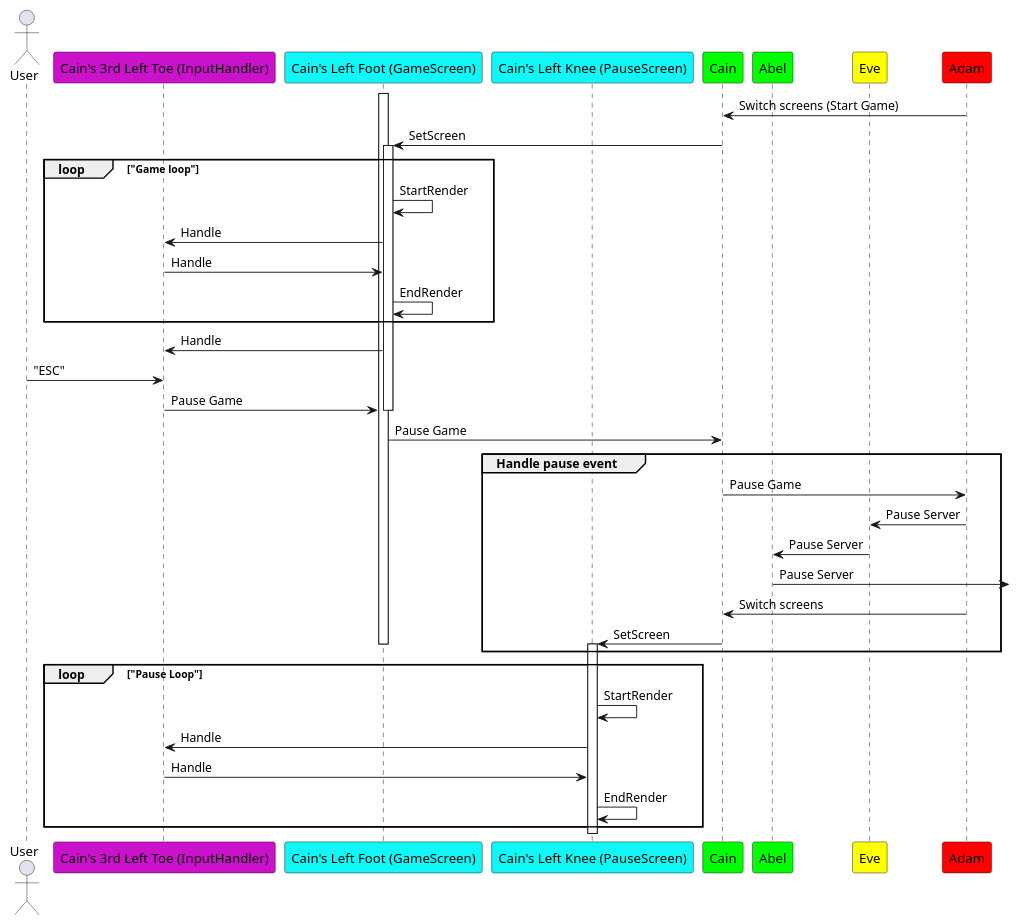
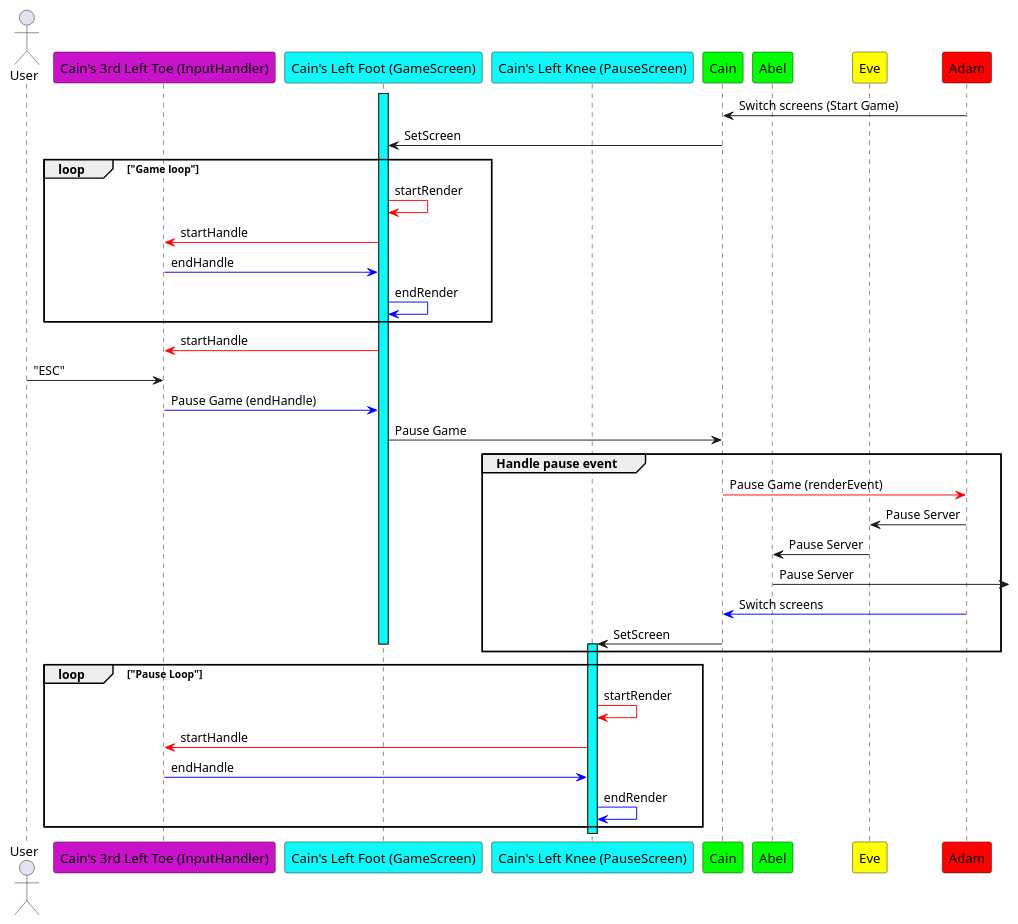
The diagram in docs/architecture/client/gamescreens.puml (GRUMv2/GRUMv2), drawn with PlantUML before and after one commit. The commit also changed 2 other files, not shown here.

Commit message:
docs(client):improve flow diagrams, remove png

```diff
--- a/docs/architecture/client/gamescreens.puml
+++ b/docs/architecture/client/gamescreens.puml
@@ -1,43 +1,41 @@
 @startuml
 actor User
 participant "Cain's 3rd Left Toe (InputHandler)" as InputHandler #c912c9
 participant "Cain's Left Foot (GameScreen)" as GameScreen #11f7f7
 participant "Cain's Left Knee (PauseScreen)" as PauseScreen #11f7f7
 participant Cain #00FF00
 participant Abel #00FF00
 participant Eve #yellow
 participant Adam #red
 
-activate GameScreen
+activate GameScreen #11f7f7
 Adam -> Cain: Switch screens (Start Game)
 Cain -> GameScreen: SetScreen
 loop "Game loop"
-activate GameScreen
-GameScreen -> GameScreen: StartRender
-GameScreen -> InputHandler: Handle
-InputHandler -> GameScreen: Handle
-GameScreen -> GameScreen: EndRender
+GameScreen -[#red]> GameScreen: startRender
+GameScreen -[#red]> InputHandler: startHandle
+InputHandler -[#blue]> GameScreen: endHandle
+GameScreen -[#blue]> GameScreen: endRender
 end loop
-GameScreen -> InputHandler: Handle
+GameScreen -[#red]> InputHandler: startHandle
 User -> InputHandler: "ESC"
-InputHandler -> GameScreen: Pause Game
-deactivate GameScreen
+InputHandler -[#blue]> GameScreen: Pause Game (endHandle)
 GameScreen -> Cain: Pause Game
 group Handle pause event
-    Cain -> Adam: Pause Game
+    Cain -[#red]> Adam: Pause Game (renderEvent)
     Adam -> Eve: Pause Server
     Eve -> Abel: Pause Server
     Abel ->]: Pause Server
-    Adam -> Cain: Switch screens
+    Adam -[#blue]> Cain: Switch screens
     Cain -> PauseScreen: SetScreen
     deactivate GameScreen
-    activate PauseScreen
+    activate PauseScreen #11f7f7
 end
 loop "Pause Loop"
-    PauseScreen -> PauseScreen: StartRender
-    PauseScreen -> InputHandler: Handle
-    InputHandler -> PauseScreen: Handle
-    PauseScreen -> PauseScreen: EndRender
+    PauseScreen -[#red]> PauseScreen: startRender
+    PauseScreen -[#red]> InputHandler: startHandle
+    InputHandler -[#blue]> PauseScreen: endHandle
+    PauseScreen -[#blue]> PauseScreen: endRender
 end loop
 deactivate PauseScreen
 @enduml
```
